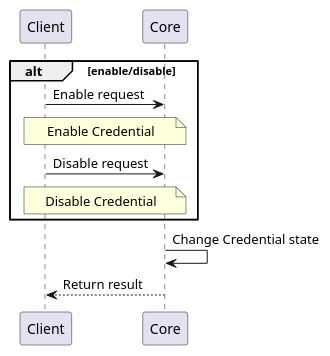
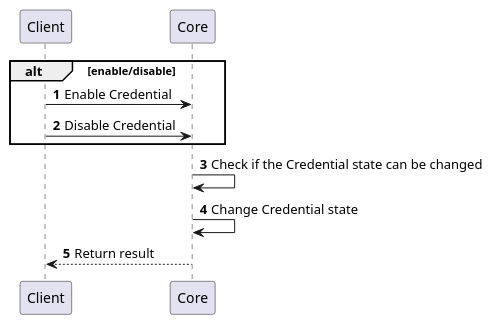
Before and after one commit to CZERTAINLY/CZERTAINLY-Documentation: the fifth of 5 diagrams in docs/12-connectors/05-description/20-credential-provider.md, drawn with PlantUML. The commit also changed other lines of this file and 5 other files, not shown here.

````diff
--- a/docs/12-connectors/05-description/20-credential-provider.md
+++ b/docs/12-connectors/05-description/20-credential-provider.md
@@ -83,14 +78,13 @@
 ```plantuml
     @startuml
+    autonumber
     skinparam topurl https://docs.czertainly.com/api/
-    
         alt enable/disable
-            Client->Core [[core-credential/#tag/Credential-Management-API/operation/enableCredential]]: Enable request
-            Note over Client,Core: Enable Credential
-            Client->Core [[core-credential/#tag/Credential-Management-API/operation/disableCredential]]: Disable request
-            Note over Client,Core: Disable Credential
+            Client->Core [[core-credential/#tag/Credential-Management-API/operation/enableCredential]]: Enable Credential
+            Client->Core [[core-credential/#tag/Credential-Management-API/operation/disableCredential]]: Disable Credential
         end
+        Core->Core: Check if the Credential state can be changed
         Core->Core: Change Credential state
         Core-->Client: Return result
     @enduml
 ```
````
